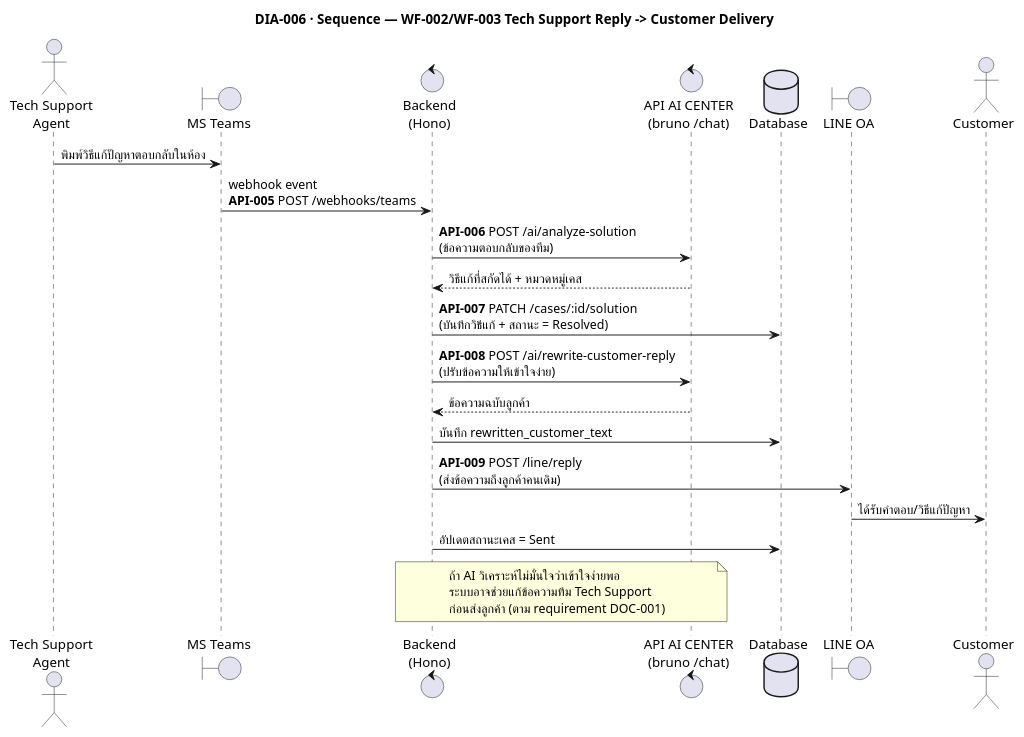
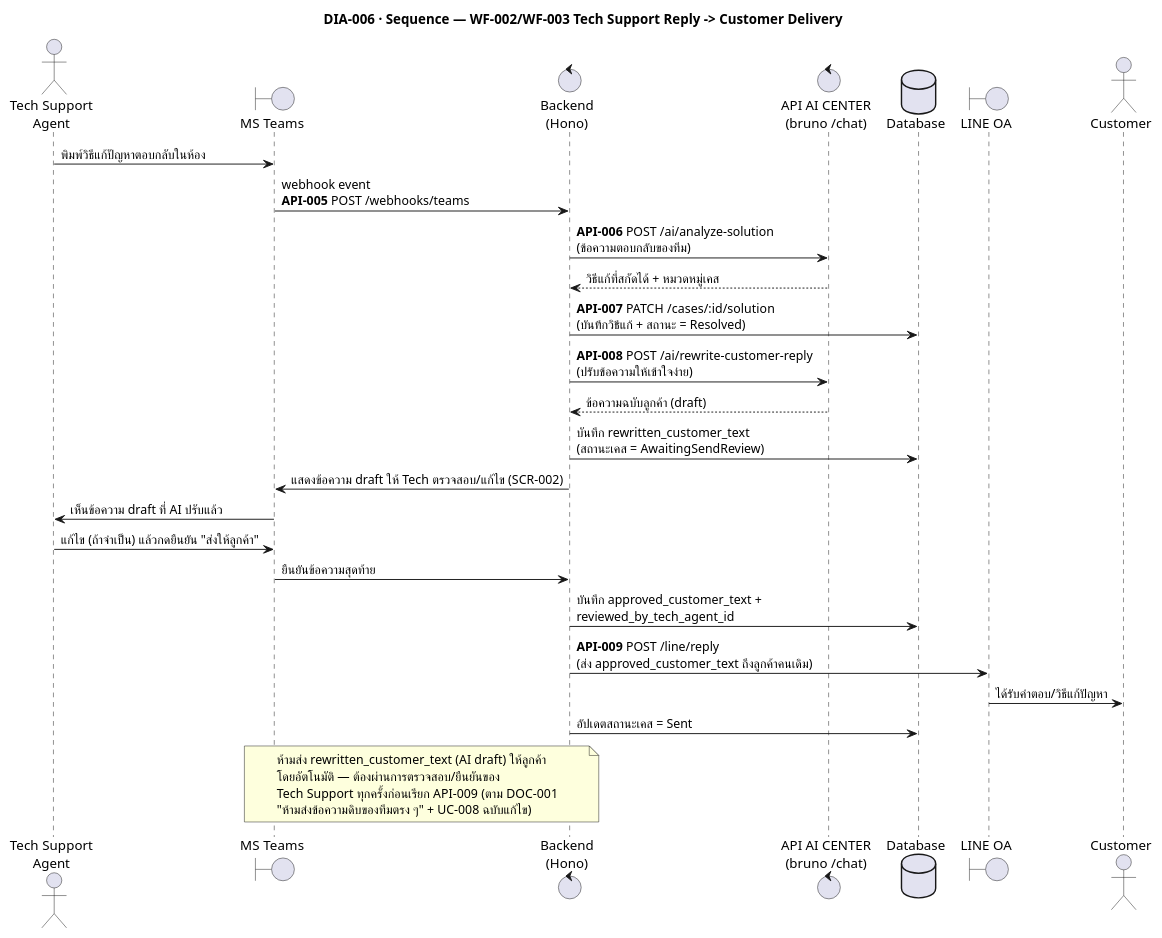
The diagram in diagrams/06-techsupport-reply-seq.puml (develyst1/the-off-ml-project-requirement), drawn with PlantUML before and after one commit. The commit also changed 11 other files, not shown here.

```diff
--- a/diagrams/06-techsupport-reply-seq.puml
+++ b/diagrams/06-techsupport-reply-seq.puml
@@ -1,31 +1,37 @@
 @startuml 06-techsupport-reply-seq
 title DIA-006 · Sequence — WF-002/WF-003 Tech Support Reply -> Customer Delivery
 skinparam shadowing false
 
 actor "Tech Support\nAgent" as Tech
 boundary "MS Teams" as Teams
 control "Backend\n(Hono)" as Backend
 control "API AI CENTER\n(bruno /chat)" as AI
 database "Database" as DB
 boundary "LINE OA" as LINE
 actor Customer
 
 Tech -> Teams : พิมพ์วิธีแก้ปัญหาตอบกลับในห้อง
 Teams -> Backend : webhook event\n**API-005** POST /webhooks/teams
 Backend -> AI : **API-006** POST /ai/analyze-solution\n(ข้อความตอบกลับของทีม)
 AI --> Backend : วิธีแก้ที่สกัดได้ + หมวดหมู่เคส
 Backend -> DB : **API-007** PATCH /cases/:id/solution\n(บันทึกวิธีแก้ + สถานะ = Resolved)
 Backend -> AI : **API-008** POST /ai/rewrite-customer-reply\n(ปรับข้อความให้เข้าใจง่าย)
-AI --> Backend : ข้อความฉบับลูกค้า
-Backend -> DB : บันทึก rewritten_customer_text
-Backend -> LINE : **API-009** POST /line/reply\n(ส่งข้อความถึงลูกค้าคนเดิม)
+AI --> Backend : ข้อความฉบับลูกค้า (draft)
+Backend -> DB : บันทึก rewritten_customer_text\n(สถานะเคส = AwaitingSendReview)
+Backend -> Teams : แสดงข้อความ draft ให้ Tech ตรวจสอบ/แก้ไข (SCR-002)
+Teams -> Tech : เห็นข้อความ draft ที่ AI ปรับแล้ว
+Tech -> Teams : แก้ไข (ถ้าจำเป็น) แล้วกดยืนยัน "ส่งให้ลูกค้า"
+Teams -> Backend : ยืนยันข้อความสุดท้าย
+Backend -> DB : บันทึก approved_customer_text +\nreviewed_by_tech_agent_id
+Backend -> LINE : **API-009** POST /line/reply\n(ส่ง approved_customer_text ถึงลูกค้าคนเดิม)
 LINE -> Customer : ได้รับคำตอบ/วิธีแก้ปัญหา
 Backend -> DB : อัปเดตสถานะเคส = Sent
 
-note over Backend, AI
-  ถ้า AI วิเคราะห์ไม่มั่นใจว่าเข้าใจง่ายพอ
-  ระบบอาจช่วยแก้ข้อความทีม Tech Support
-  ก่อนส่งลูกค้า (ตาม requirement DOC-001)
+note over Backend, Teams
+  ห้ามส่ง rewritten_customer_text (AI draft) ให้ลูกค้า
+  โดยอัตโนมัติ — ต้องผ่านการตรวจสอบ/ยืนยันของ
+  Tech Support ทุกครั้งก่อนเรียก API-009 (ตาม DOC-001
+  "ห้ามส่งข้อความดิบของทีมตรง ๆ" + UC-008 ฉบับแก้ไข)
 end note
 
 @enduml
```
